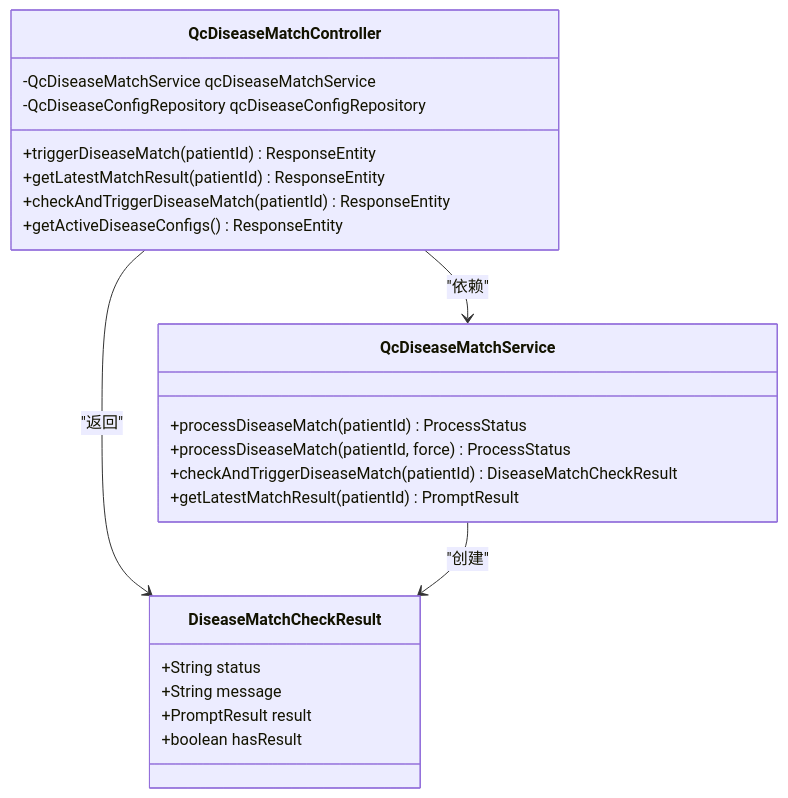
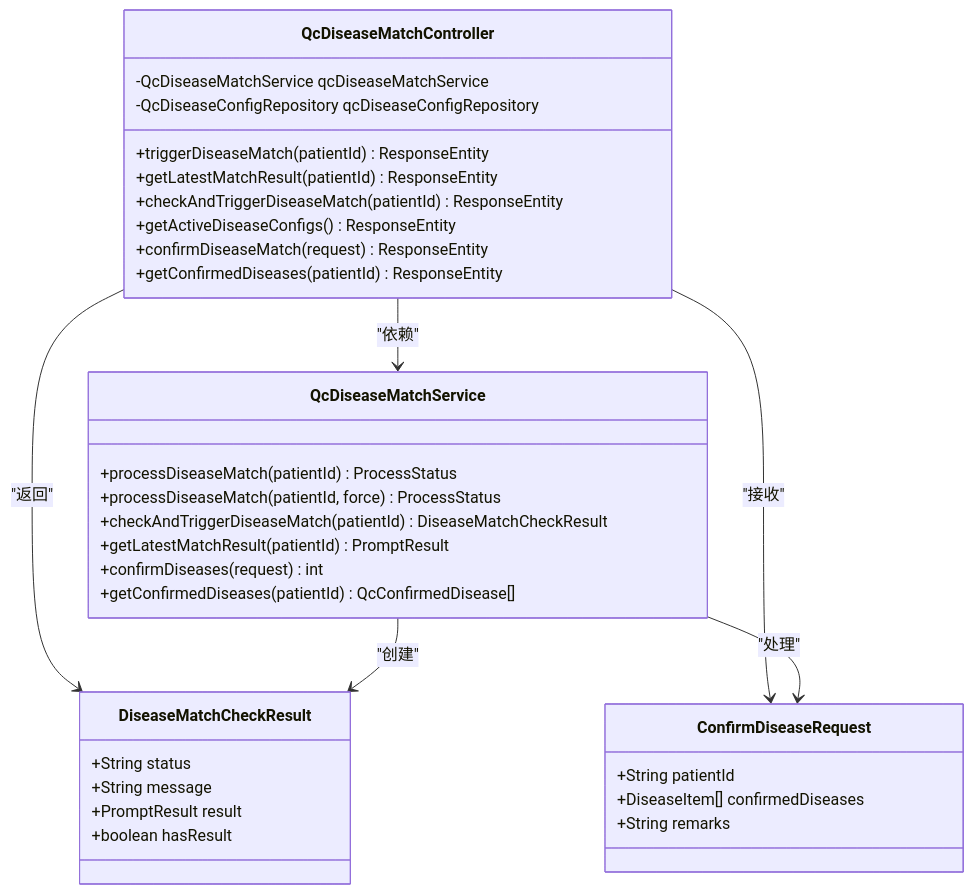
Before and after one commit to liuzh2008/med_ai_assistant_workspace: the third of 10 diagrams in .qoder/repowiki/zh/content/QC评估引擎.md, drawn with Mermaid. The commit also changed other lines of this file and 5 other files, not shown here.

Commit message:
v0.8.048: 实现质控评估重新分析功能（QcAssessmentService + POST /api/qc/assessment/{patientId}/reanalyze）

````diff
--- a/.qoder/repowiki/zh/content/QC评估引擎.md
+++ b/.qoder/repowiki/zh/content/QC评估引擎.md
@@ -164,26 +196,37 @@
 ```mermaid
 classDiagram
 class QcDiseaseMatchController {
 -QcDiseaseMatchService qcDiseaseMatchService
 -QcDiseaseConfigRepository qcDiseaseConfigRepository
 +triggerDiseaseMatch(patientId) ResponseEntity
 +getLatestMatchResult(patientId) ResponseEntity
 +checkAndTriggerDiseaseMatch(patientId) ResponseEntity
 +getActiveDiseaseConfigs() ResponseEntity
++confirmDiseaseMatch(request) ResponseEntity
++getConfirmedDiseases(patientId) ResponseEntity
 }
 class QcDiseaseMatchService {
 +processDiseaseMatch(patientId) ProcessStatus
 +processDiseaseMatch(patientId, force) ProcessStatus
 +checkAndTriggerDiseaseMatch(patientId) DiseaseMatchCheckResult
 +getLatestMatchResult(patientId) PromptResult
++confirmDiseases(request) int
++getConfirmedDiseases(patientId) QcConfirmedDisease[]
+}
+class ConfirmDiseaseRequest {
++String patientId
++DiseaseItem[] confirmedDiseases
++String remarks
 }
 class DiseaseMatchCheckResult {
 +String status
 +String message
 +PromptResult result
 +boolean hasResult
 }
 QcDiseaseMatchController --> QcDiseaseMatchService : "依赖"
 QcDiseaseMatchController --> DiseaseMatchCheckResult : "返回"
+QcDiseaseMatchController --> ConfirmDiseaseRequest : "接收"
 QcDiseaseMatchService --> DiseaseMatchCheckResult : "创建"
+QcDiseaseMatchService --> ConfirmDiseaseRequest : "处理"
 ```
````
